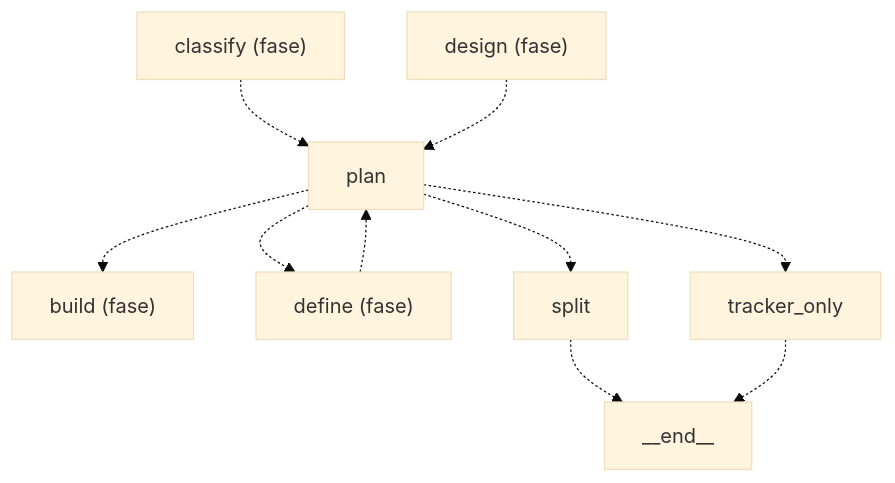
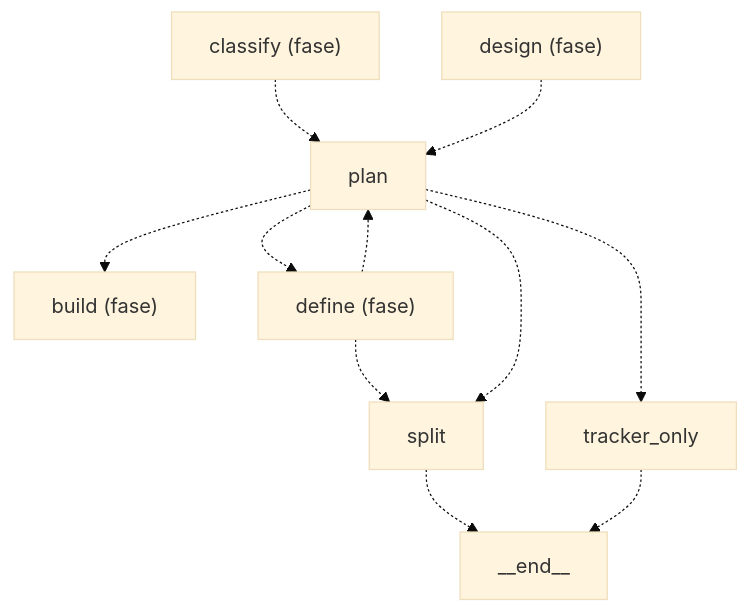
One commit to GonzaloZevallos/agentic-system changed the diagram in docs/architecture/generated/role-graph-plan.md. Above: the diagram before and after it, drawn with Mermaid (base theme). The commit also changed 5 other files, not shown here.

Commit message:
Place early_size in the docs groups and regenerate the architecture docs

````diff
--- a/docs/architecture/generated/role-graph-plan.md
+++ b/docs/architecture/generated/role-graph-plan.md
@@ -13,20 +13,21 @@
 ```mermaid
 graph TD
     __end__["__end__"]
     phase_build["build (fase)"]
     phase_classify["classify (fase)"]
     phase_define["define (fase)"]
     phase_design["design (fase)"]
     plan["plan"]
     split["split"]
     tracker_only["tracker_only"]
     phase_classify -.-> plan
     phase_define -.-> plan
+    phase_define -.-> split
     phase_design -.-> plan
     plan -.-> phase_build
     plan -.-> phase_define
     plan -.-> split
     plan -.-> tracker_only
     split -.-> __end__
     tracker_only -.-> __end__
 ```
````
